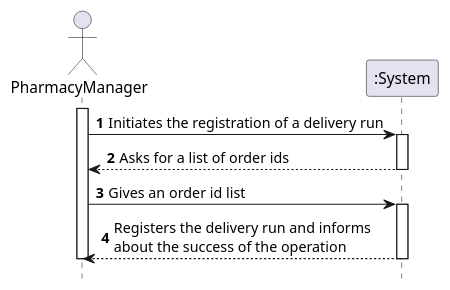
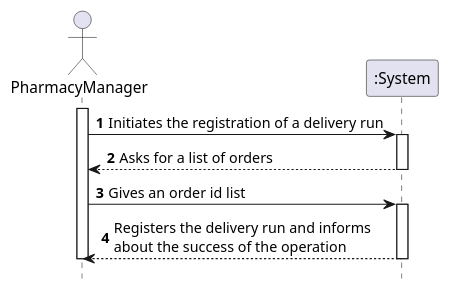
Before and after one commit to tiagoavcosta25/LAPR3: the diagram in docs/Iteration 3/Delivery Management/Refinement/US206_RegisterDeliveryRun/US206_SSD.puml, drawn with PlantUML. The commit also changed 2 other files, not shown here.

```diff
--- a/docs/Iteration 3/Delivery Management/Refinement/US206_RegisterDeliveryRun/US206_SSD.puml
+++ b/docs/Iteration 3/Delivery Management/Refinement/US206_RegisterDeliveryRun/US206_SSD.puml
@@ -1,31 +1,31 @@
 @startuml
 autonumber
 hide footbox
 
 actor "PharmacyManager" as U
 
 participant ":System" as SYST
 
 activate U
 
 U -> SYST : Initiates the registration of a delivery run
 activate SYST
 
-SYST --> U: Asks for a list of order ids
+SYST --> U: Asks for a list of orders
 
 deactivate SYST
 
 
 
 U -> SYST : Gives an order id list
 activate SYST
 
 
 SYST --> U : Registers the delivery run and informs\nabout the success of the operation
 deactivate SYST
 
 
 
 deactivate U
 
 @enduml
```
